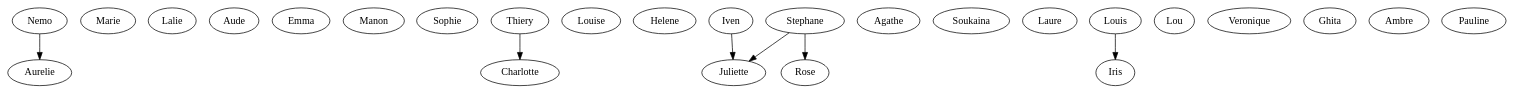
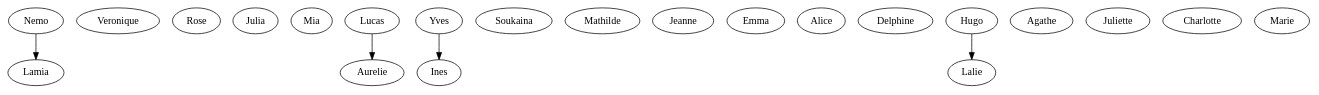
One commit to Slash-stack/Aquarium changed the diagram in output/dotFiles/round9.dot. Above: the diagram before and after it, drawn with Graphviz. The commit also changed 38 other files, not shown here.

```diff
--- a/output/dotFiles/round9.dot
+++ b/output/dotFiles/round9.dot
@@ -1,44 +1,36 @@
 strict digraph G {
+  Lamia;
+  Veronique;
+  Rose;
+  Lamia;
+  Julia;
+  Mia;
+  Rose;
+  Aurelie;
+  Yves;
+  Aurelie;
+  Ines;
+  Soukaina;
+  Lamia;
+  Mathilde;
   Nemo;
+  Lucas;
   Aurelie;
+  Jeanne;
+  Emma;
+  Alice;
+  Delphine;
+  Lalie;
+  Agathe;
+  Juliette;
+  Hugo;
+  Charlotte;
+  Ines;
   Marie;
-  Lalie;
-  Aude;
-  Aude;
-  Emma;
-  Manon;
-  Sophie;
   Charlotte;
-  Charlotte;
-  Louise;
-  Thiery;
-  Helene;
-  Juliette;
-  Agathe;
-  Soukaina;
-  Iven;
-  Laure;
-  Soukaina;
-  Iris;
-  Louis;
-  Lou;
-  Veronique;
-  Stephane;
-  Emma;
-  Lalie;
-  Rose;
-  Aude;
-  Ghita;
-  Ambre;
-  Lalie;
-  Juliette;
-  Stephane;
-  Pauline;
-  Aude;
-  Nemo -> Aurelie;
-  Thiery -> Charlotte;
-  Iven -> Juliette;
-  Louis -> Iris;
-  Stephane -> Rose;
-  Stephane -> Juliette;
+  Mathilde;
+  Yves -> Ines;
+  Nemo -> Lamia;
+  Lucas -> Aurelie;
+  Hugo -> Lalie;
 }
```
